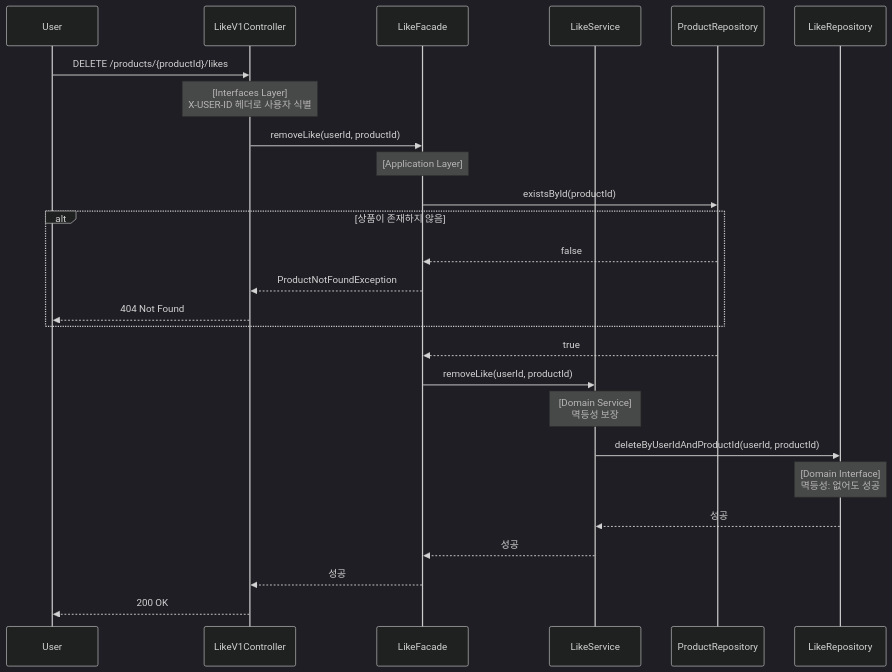
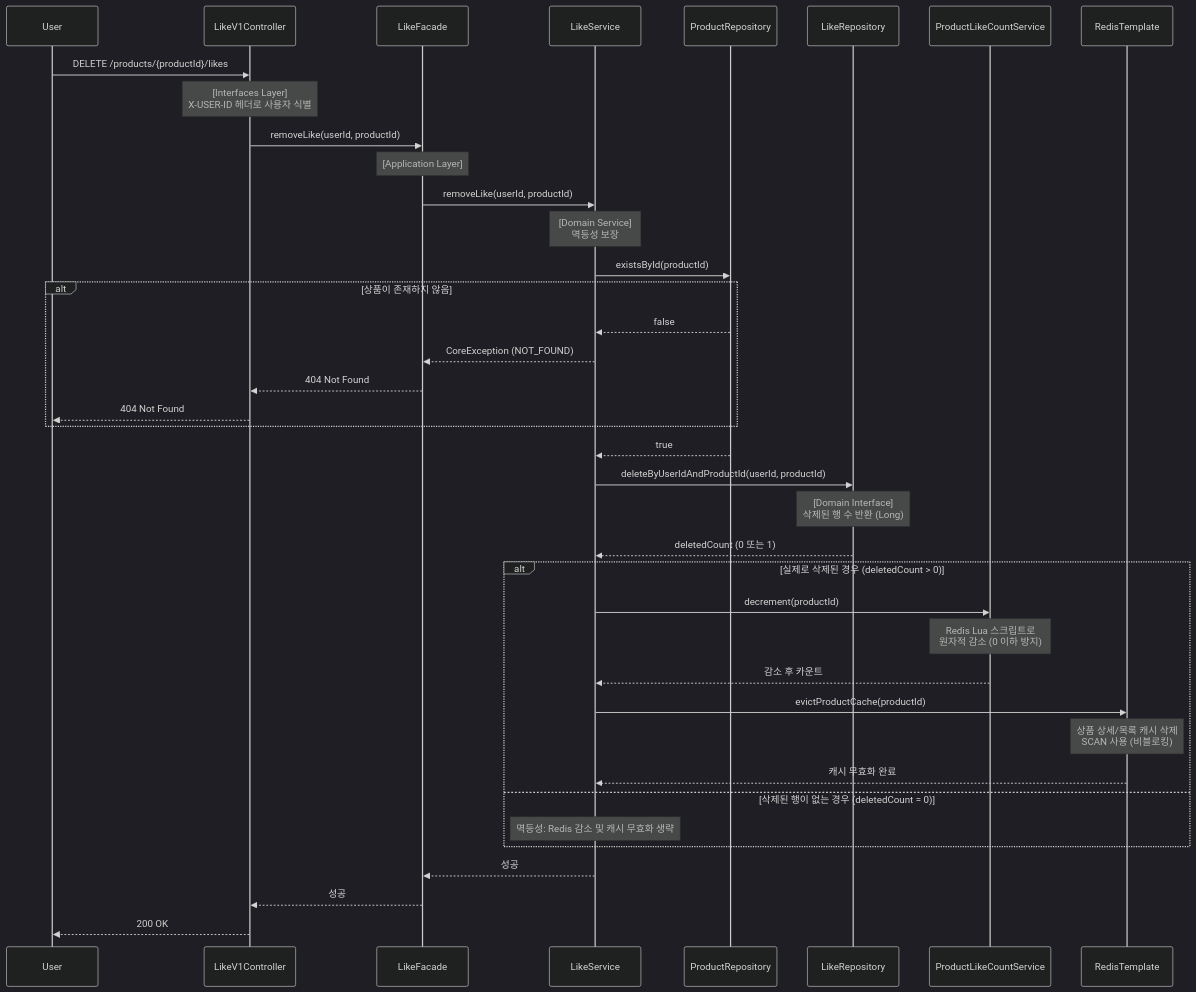
Before and after one commit to ghojeong/loopers-spring-kotlin-template: the seventh of 9 diagrams in .docs/round2/2-sequence-diagrams.md, drawn with Mermaid (dark theme). The commit also changed other lines of this file and 3 other files, not shown here.

Commit message:
docs: Redis Lua 스크립트 관련하여 블로그 글 업데이트

````diff
--- a/.docs/round2/2-sequence-diagrams.md
+++ b/.docs/round2/2-sequence-diagrams.md
@@ -331,34 +332,49 @@
 ```mermaid
 sequenceDiagram
     participant User
     participant LikeV1Controller
     participant LikeFacade
     participant LikeService
     participant ProductRepository
     participant LikeRepository
+    participant ProductLikeCountService
+    participant RedisTemplate
 
     User->>LikeV1Controller: DELETE /products/{productId}/likes
     Note over LikeV1Controller: [Interfaces Layer]<br/>X-USER-ID 헤더로 사용자 식별
 
     LikeV1Controller->>LikeFacade: removeLike(userId, productId)
     Note over LikeFacade: [Application Layer]
 
-    LikeFacade->>ProductRepository: existsById(productId)
-    alt 상품이 존재하지 않음
-        ProductRepository-->>LikeFacade: false
-        LikeFacade-->>LikeV1Controller: ProductNotFoundException
-        LikeV1Controller-->>User: 404 Not Found
-    end
-    ProductRepository-->>LikeFacade: true
-
     LikeFacade->>LikeService: removeLike(userId, productId)
     Note over LikeService: [Domain Service]<br/>멱등성 보장
 
+    LikeService->>ProductRepository: existsById(productId)
+    alt 상품이 존재하지 않음
+        ProductRepository-->>LikeService: false
+        LikeService-->>LikeFacade: CoreException (NOT_FOUND)
+        LikeFacade-->>LikeV1Controller: 404 Not Found
+        LikeV1Controller-->>User: 404 Not Found
+    end
+    ProductRepository-->>LikeService: true
+
     LikeService->>LikeRepository: deleteByUserIdAndProductId(userId, productId)
-    Note over LikeRepository: [Domain Interface]<br/>멱등성: 없어도 성공
+    Note over LikeRepository: [Domain Interface]<br/>삭제된 행 수 반환 (Long)
+    LikeRepository-->>LikeService: deletedCount (0 또는 1)
 
-    LikeRepository-->>LikeService: 성공
+    alt 실제로 삭제된 경우 (deletedCount > 0)
+        LikeService->>ProductLikeCountService: decrement(productId)
+        Note over ProductLikeCountService: Redis Lua 스크립트로<br/>원자적 감소 (0 이하 방지)
+        ProductLikeCountService-->>LikeService: 감소 후 카운트
+
+        LikeService->>RedisTemplate: evictProductCache(productId)
+        Note over RedisTemplate: 상품 상세/목록 캐시 삭제<br/>SCAN 사용 (비블로킹)
+        RedisTemplate-->>LikeService: 캐시 무효화 완료
+    else 삭제된 행이 없는 경우 (deletedCount = 0)
+        Note over LikeService: 멱등성: Redis 감소 및 캐시 무효화 생략
+    end
+
     LikeService-->>LikeFacade: 성공
     LikeFacade-->>LikeV1Controller: 성공
     LikeV1Controller-->>User: 200 OK
 ```
````
